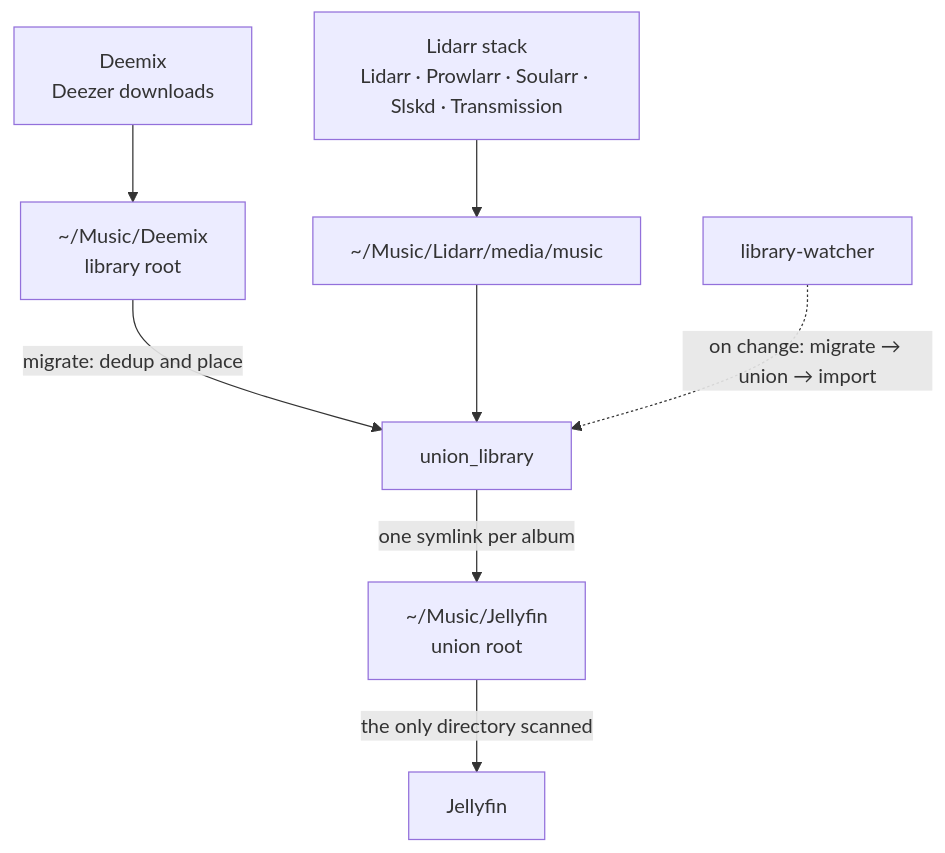
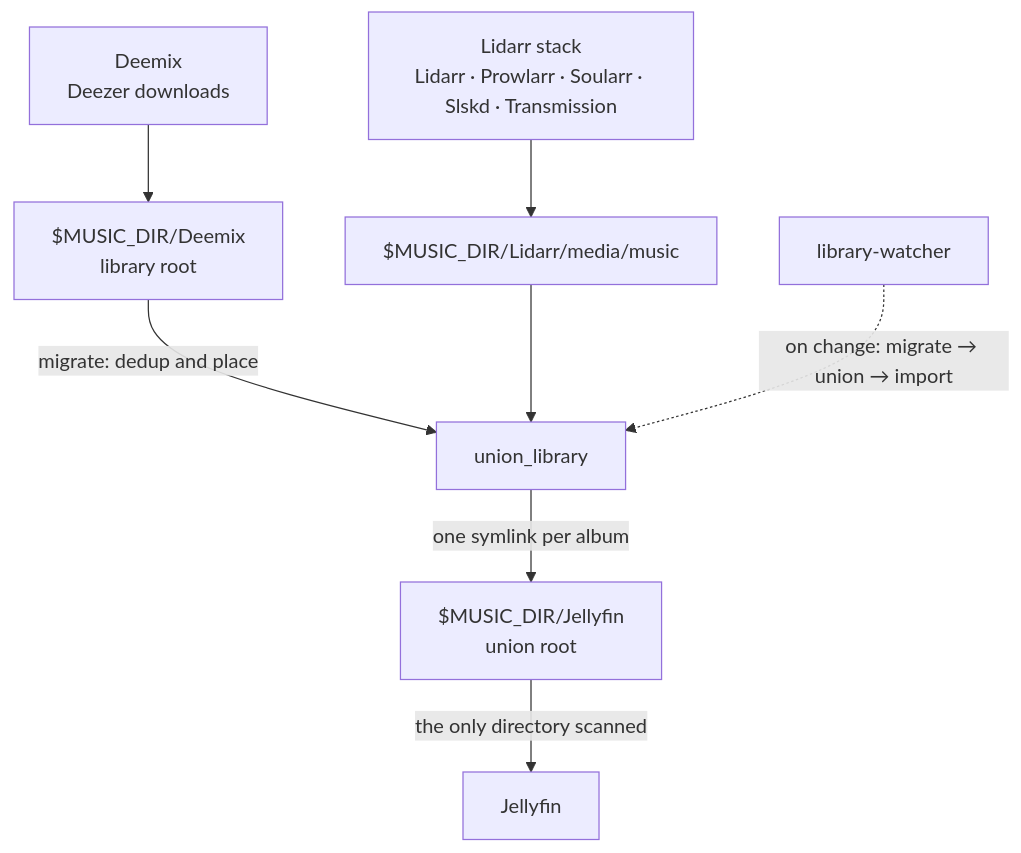
The diagram in README.md (JohnNooney/music-stack), drawn with Mermaid before and after one commit. The commit also changed other lines of this file and 18 other files, not shown here.

````diff
--- a/README.md
+++ b/README.md
@@ -5,10 +5,10 @@
 ```mermaid
 flowchart TD
-    D["Deemix<br>Deezer downloads"] --> DL["~/Music/Deemix<br>library root"]
-    LS["Lidarr stack<br>Lidarr · Prowlarr · Soularr · Slskd · Transmission"] --> LL["~/Music/Lidarr/media/music"]
+    D["Deemix<br>Deezer downloads"] --> DL["$MUSIC_DIR/Deemix<br>library root"]
+    LS["Lidarr stack<br>Lidarr · Prowlarr · Soularr · Slskd · Transmission"] --> LL["$MUSIC_DIR/Lidarr/media/music"]
     DL -- "migrate: dedup and place" --> U
     LL --> U["union_library"]
-    U -- "one symlink per album" --> UR["~/Music/Jellyfin<br>union root"]
+    U -- "one symlink per album" --> UR["$MUSIC_DIR/Jellyfin<br>union root"]
     UR -- "the only directory scanned" --> J["Jellyfin"]
     W["library-watcher"] -. "on change: migrate → union → import" .-> U
 ```
````
